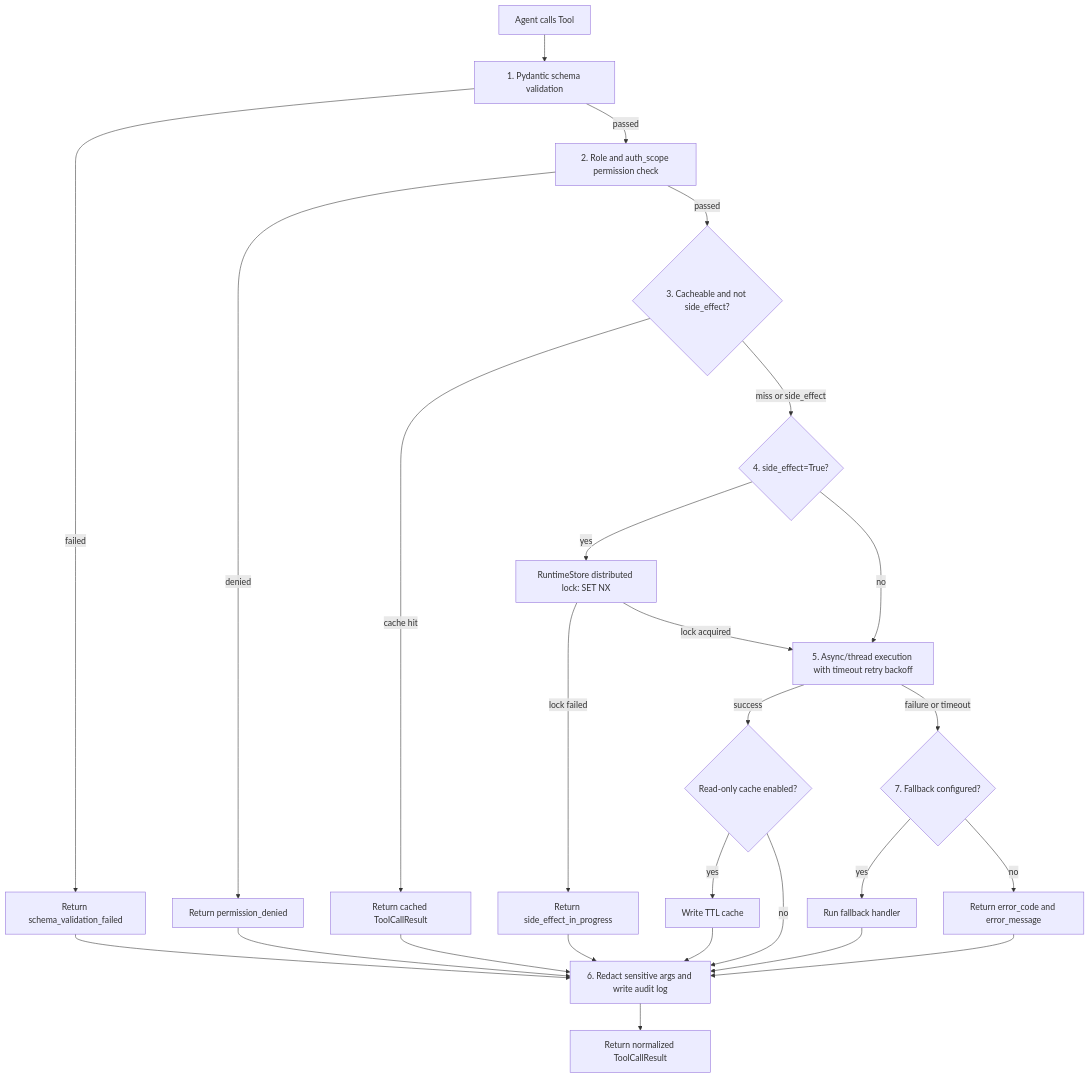
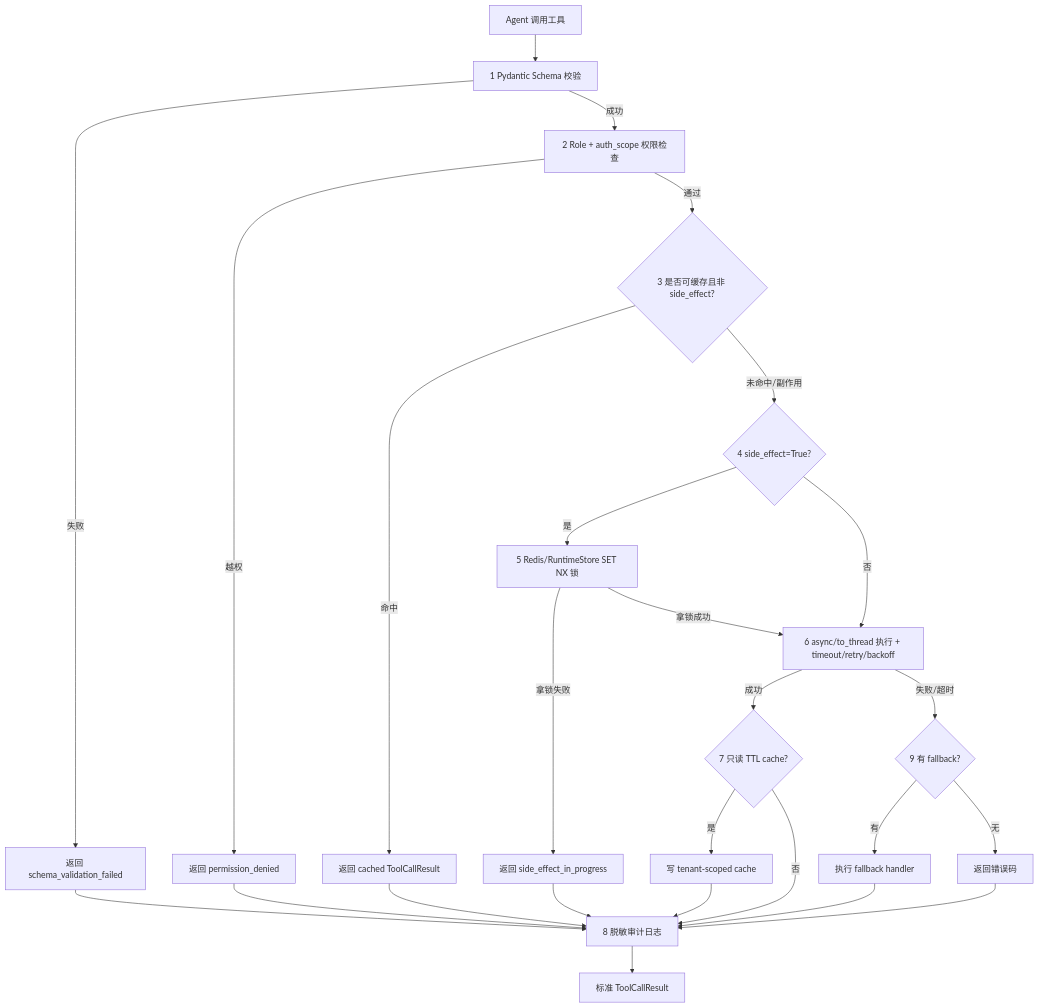
The second of 6 diagrams in docs/ARCHITECTURE_DIAGRAMS.md (bigfish-emily/commerce-support-agent), drawn with Mermaid before and after one commit. The commit also changed other lines of this file and 24 other files, not shown here.

Commit message:
harden agent workflow and tool governance

````diff
--- a/docs/ARCHITECTURE_DIAGRAMS.md
+++ b/docs/ARCHITECTURE_DIAGRAMS.md
@@ -9,26 +52,26 @@
 ```mermaid
 flowchart TD
-    Start[Agent calls Tool] --> Validate[1. Pydantic schema validation]
-    Validate -- failed --> Err1[Return schema_validation_failed]
-    Validate -- passed --> Auth[2. Role and auth_scope permission check]
-    Auth -- denied --> Err2[Return permission_denied]
-    Auth -- passed --> CheckCache{3. Cacheable and not side_effect?}
-    CheckCache -- cache hit --> ReturnCached[Return cached ToolCallResult]
-    CheckCache -- miss or side_effect --> SideEffectCheck{4. side_effect=True?}
-    SideEffectCheck -- yes --> AcquireLock[RuntimeStore distributed lock: SET NX]
-    AcquireLock -- lock failed --> Err3[Return side_effect_in_progress]
-    AcquireLock -- lock acquired --> Exec[5. Async/thread execution with timeout retry backoff]
-    SideEffectCheck -- no --> Exec
-    Exec -- success --> MaybeCache{Read-only cache enabled?}
-    MaybeCache -- yes --> UpdateCache[Write TTL cache]
-    MaybeCache -- no --> Audit
-    UpdateCache --> Audit[6. Redact sensitive args and write audit log]
-    Exec -- failure or timeout --> HasFallback{7. Fallback configured?}
-    HasFallback -- yes --> RunFallback[Run fallback handler] --> Audit
-    HasFallback -- no --> Err4[Return error_code and error_message] --> Audit
+    Start[Agent 调用工具] --> Validate[1 Pydantic Schema 校验]
+    Validate -- 失败 --> Err1[返回 schema_validation_failed]
+    Validate -- 成功 --> Auth[2 Role + auth_scope 权限检查]
+    Auth -- 越权 --> Err2[返回 permission_denied]
+    Auth -- 通过 --> CheckCache{3 是否可缓存且非 side_effect?}
+    CheckCache -- 命中 --> ReturnCached[返回 cached ToolCallResult]
+    CheckCache -- 未命中/副作用 --> SideEffectCheck{4 side_effect=True?}
+    SideEffectCheck -- 是 --> AcquireLock[5 Redis/RuntimeStore SET NX 锁]
+    AcquireLock -- 拿锁失败 --> Err3[返回 side_effect_in_progress]
+    AcquireLock -- 拿锁成功 --> Exec[6 async/to_thread 执行 + timeout/retry/backoff]
+    SideEffectCheck -- 否 --> Exec
+    Exec -- 成功 --> MaybeCache{7 只读 TTL cache?}
+    MaybeCache -- 是 --> UpdateCache[写 tenant-scoped cache]
+    MaybeCache -- 否 --> Audit
+    UpdateCache --> Audit[8 脱敏审计日志]
+    Exec -- 失败/超时 --> HasFallback{9 有 fallback?}
+    HasFallback -- 有 --> RunFallback[执行 fallback handler] --> Audit
+    HasFallback -- 无 --> Err4[返回错误码] --> Audit
     ReturnCached --> Audit
     Err1 --> Audit
     Err2 --> Audit
     Err3 --> Audit
-    Audit --> Done[Return normalized ToolCallResult]
+    Audit --> Done[标准 ToolCallResult]
 ```
````
